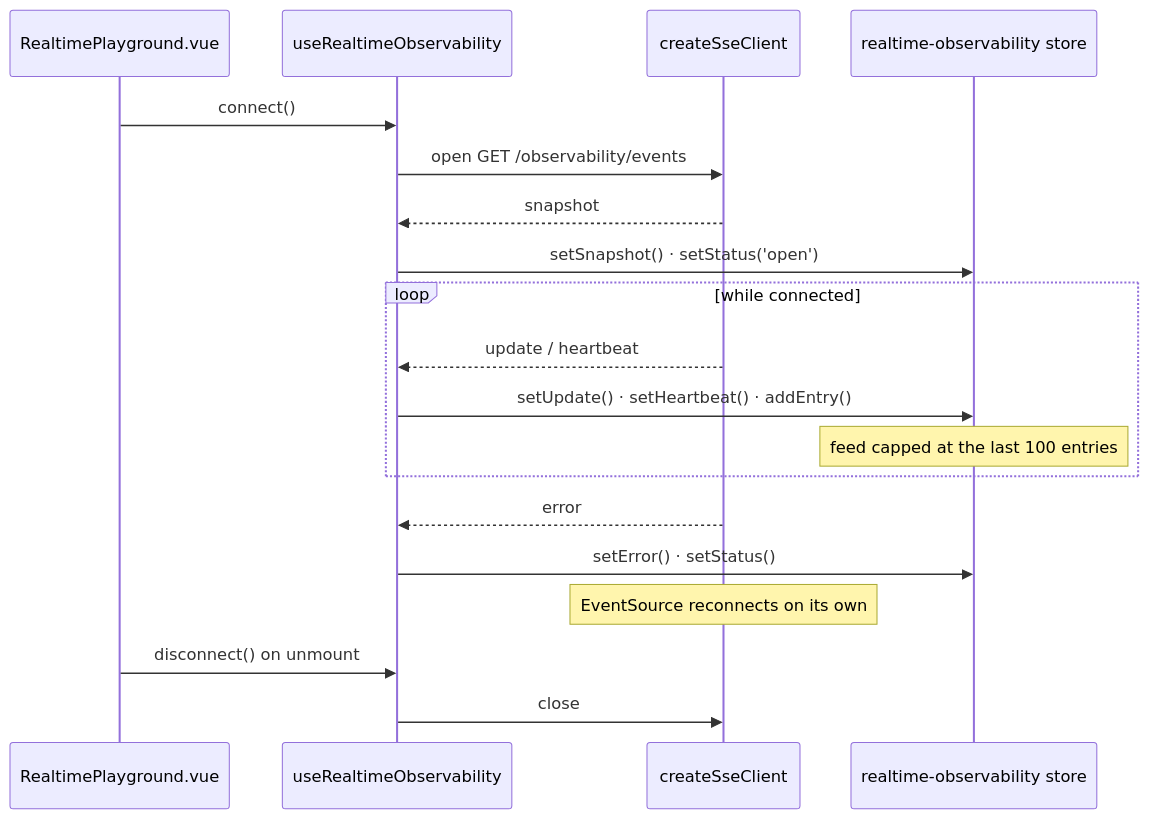
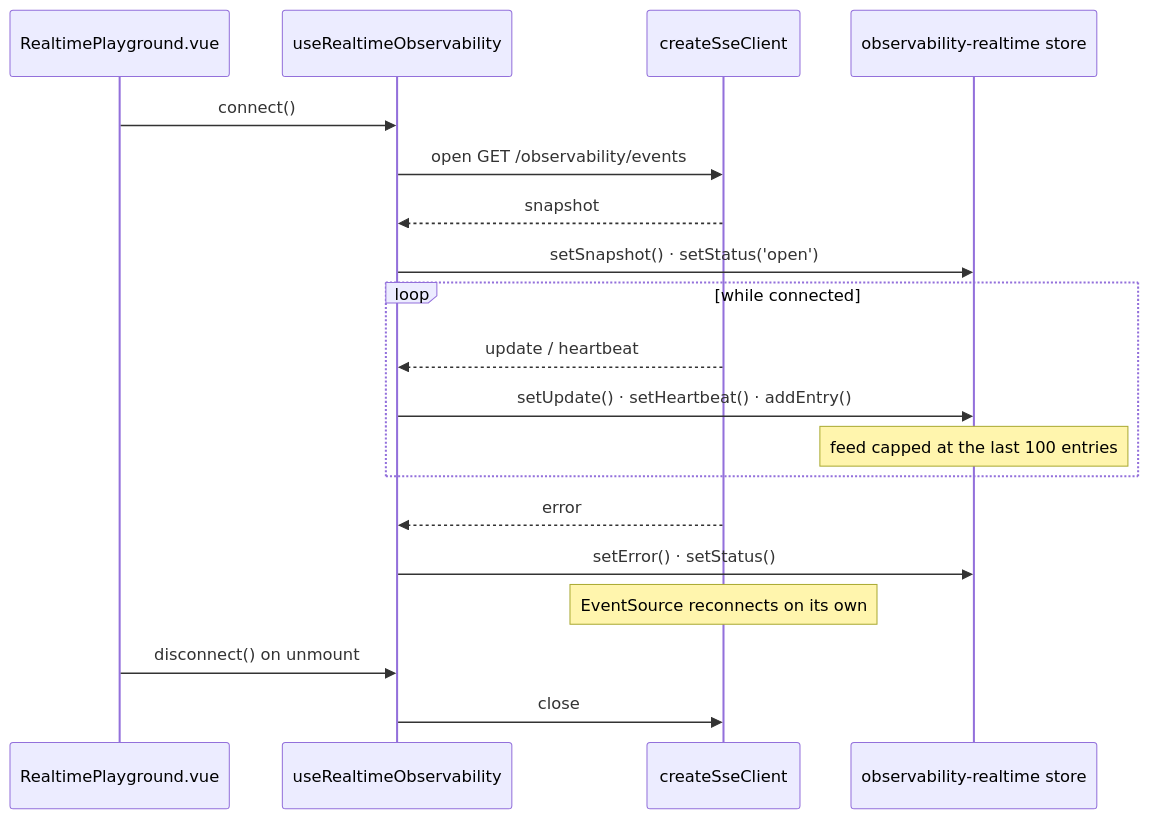
The diagram in docs/modules/observability.md (Guebbit/boilerplate-vue-frontend), drawn with Mermaid before and after one commit. The commit also changed other lines of this file and 91 other files, not shown here.

````diff
--- a/docs/modules/observability.md
+++ b/docs/modules/observability.md
@@ -78,22 +78,22 @@
 ```mermaid
 sequenceDiagram
     participant V as RealtimePlayground.vue
     participant C as useRealtimeObservability
     participant S as createSseClient
-    participant R as realtime-observability store
+    participant R as observability-realtime store
 
     V->>C: connect()
     C->>S: open GET /observability/events
     S-->>C: snapshot
     C->>R: setSnapshot() · setStatus('open')
     loop while connected
         S-->>C: update / heartbeat
         C->>R: setUpdate() · setHeartbeat() · addEntry()
         Note over R: feed capped at the last 100 entries
     end
     S-->>C: error
     C->>R: setError() · setStatus()
     Note over S: EventSource reconnects on its own
     V->>C: disconnect() on unmount
     C->>S: close
 ```
````
